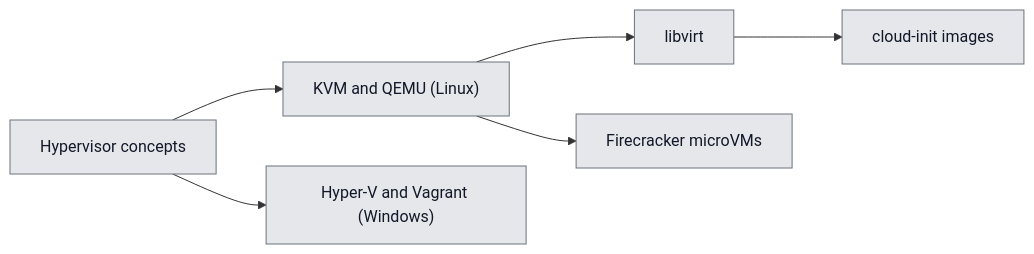
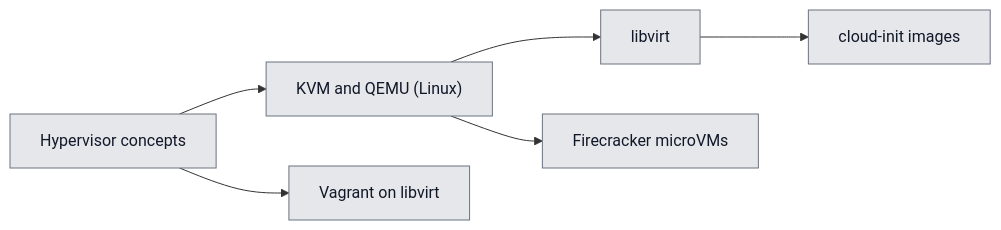
The diagram in labs/virtualization/README.md (LasterBergamot/learning-lab-template), drawn with Mermaid before and after one commit. The commit also changed other lines of this file and 29 other files, not shown here.

````diff
--- a/labs/virtualization/README.md
+++ b/labs/virtualization/README.md
@@ -18,20 +18,20 @@
 ```mermaid
 flowchart LR
   HYP["Hypervisor concepts"]
   KVM["KVM and QEMU (Linux)"]
   LV["libvirt"]
   CI["cloud-init images"]
   FC["Firecracker microVMs"]
-  HV["Hyper-V and Vagrant (Windows)"]
+  HV["Vagrant on libvirt"]
   HYP --> KVM
   KVM --> LV
   LV --> CI
   KVM --> FC
   HYP --> HV
 
   classDef todo fill:#e5e7eb,color:#111827,stroke:#6b7280
   classDef learning fill:#fde68a,color:#111827,stroke:#b45309
   classDef building fill:#bfdbfe,color:#111827,stroke:#1d4ed8
   classDef done fill:#bbf7d0,color:#111827,stroke:#15803d
   class HYP,KVM,LV,CI,FC,HV todo
 ```
````
